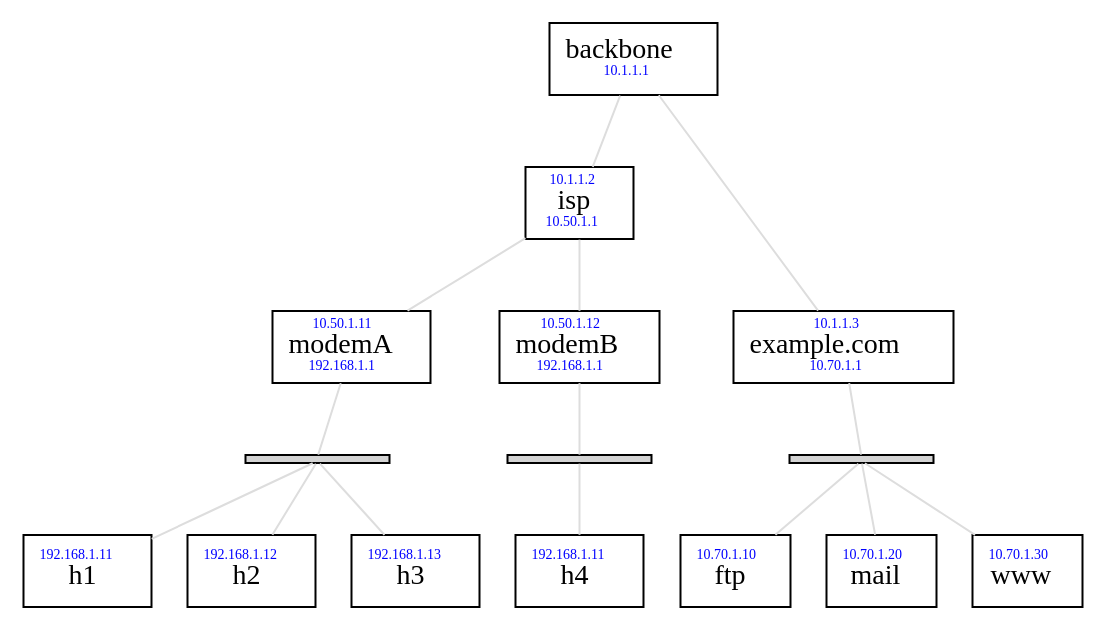
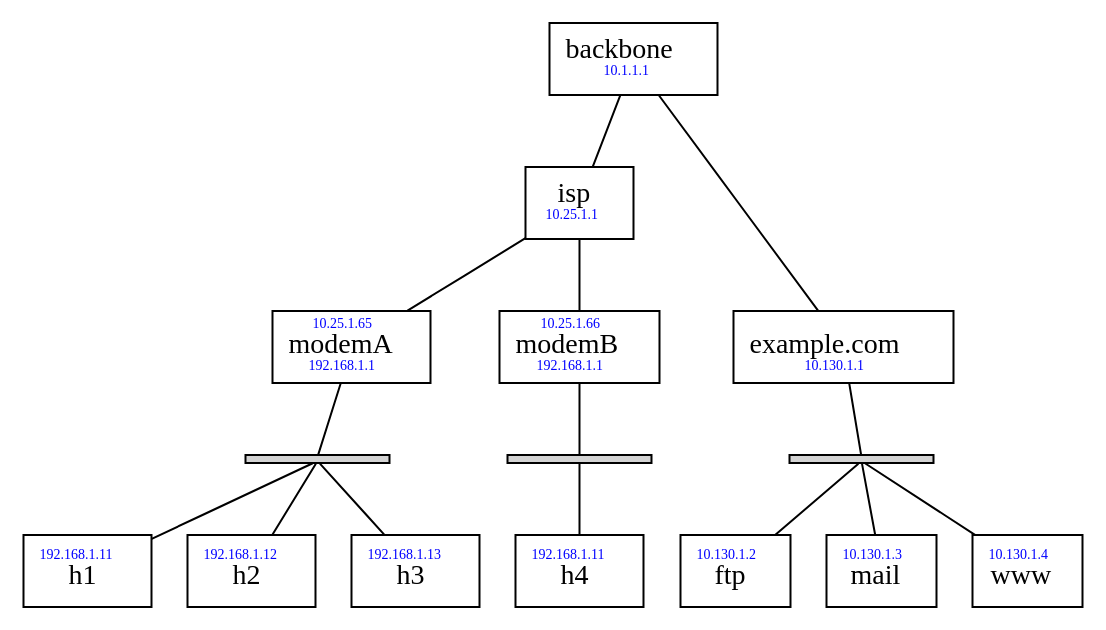
Before and after one commit to brandon-rhodes/fopnp: the diagram in diagrams/playground.dot, drawn with Graphviz.

Commit message:
Switch to slightly more interesting IP addresses
And only have one IP address apiece for "isp" and "example.com".  And
turn the network edges back to black for now.

```diff
--- a/diagrams/playground.dot
+++ b/diagrams/playground.dot
@@ -1,42 +1,42 @@
 digraph Network {
     node [shape=rectangle]
-    edge [dir=none color="#dddddd"]
+    edge [dir=none]
     {
         node [shape=rect style=filled height=0.05 width=1 label=""]
-        lanA lanB lanE
+        s1 s2 s3
     }
     backbone -> isp
     isp -> modemA
     isp -> modemB
-    modemA -> lanA
-    lanA -> h1
-    lanA -> h2
-    lanA -> h3
-    modemB -> lanB
-    lanB -> h4
+    modemA -> s1
+    s1 -> h1
+    s1 -> h2
+    s1 -> h3
+    modemB -> s2
+    s2 -> h4
     backbone -> "example.com"
-    "example.com" -> lanE
-    lanE -> "ftp"
-    lanE -> "mail"
-    lanE -> "www"
+    "example.com" -> s3
+    s3 -> "ftp"
+    s3 -> "mail"
+    s3 -> "www"
 
     {rank=same; modemA modemB "example.com"}
 
     backbone [label=<backbone<br/><font color="blue" point-size="7">10.1.1.1</font><br/>>]
 
-    isp [label=<<font color="blue" point-size="7">10.1.1.2</font><br/>isp<br/><font color="blue" point-size="7">10.50.1.1</font><br/>>]
+    isp [label=<isp<br/><font color="blue" point-size="7">10.25.1.1</font><br/>>]
 
-    modemA [label=<<font color="blue" point-size="7">10.50.1.11</font><br/>modemA<br/><font color="blue" point-size="7">192.168.1.1</font><br/>>]
-    modemB [label=<<font color="blue" point-size="7">10.50.1.12</font><br/>modemB<br/><font color="blue" point-size="7">192.168.1.1</font><br/>>]
+    modemA [label=<<font color="blue" point-size="7">10.25.1.65</font><br/>modemA<br/><font color="blue" point-size="7">192.168.1.1</font><br/>>]
+    modemB [label=<<font color="blue" point-size="7">10.25.1.66</font><br/>modemB<br/><font color="blue" point-size="7">192.168.1.1</font><br/>>]
 
     h1 [label=<<font color="blue" point-size="7">192.168.1.11</font><br/>h1>]
     h2 [label=<<font color="blue" point-size="7">192.168.1.12</font><br/>h2>]
     h3 [label=<<font color="blue" point-size="7">192.168.1.13</font><br/>h3>]
     h4 [label=<<font color="blue" point-size="7">192.168.1.11</font><br/>h4>]
 
-    "example.com" [label=<<font color="blue" point-size="7">10.1.1.3</font><br/>example.com<br/><font color="blue" point-size="7">10.70.1.1</font><br/>>]
+    "example.com" [label=<<font color="blue" point-size="7"> </font><br/>example.com<br/><font color="blue" point-size="7">10.130.1.1</font><br/>>]
 
-    ftp [label=<<font color="blue" point-size="7">10.70.1.10</font><br/>ftp>]
-    mail [label=<<font color="blue" point-size="7">10.70.1.20</font><br/>mail>]
-    www [label=<<font color="blue" point-size="7">10.70.1.30</font><br/>www>]
+    ftp [label=<<font color="blue" point-size="7">10.130.1.2</font><br/>ftp>]
+    mail [label=<<font color="blue" point-size="7">10.130.1.3</font><br/>mail>]
+    www [label=<<font color="blue" point-size="7">10.130.1.4</font><br/>www>]
 }
```
